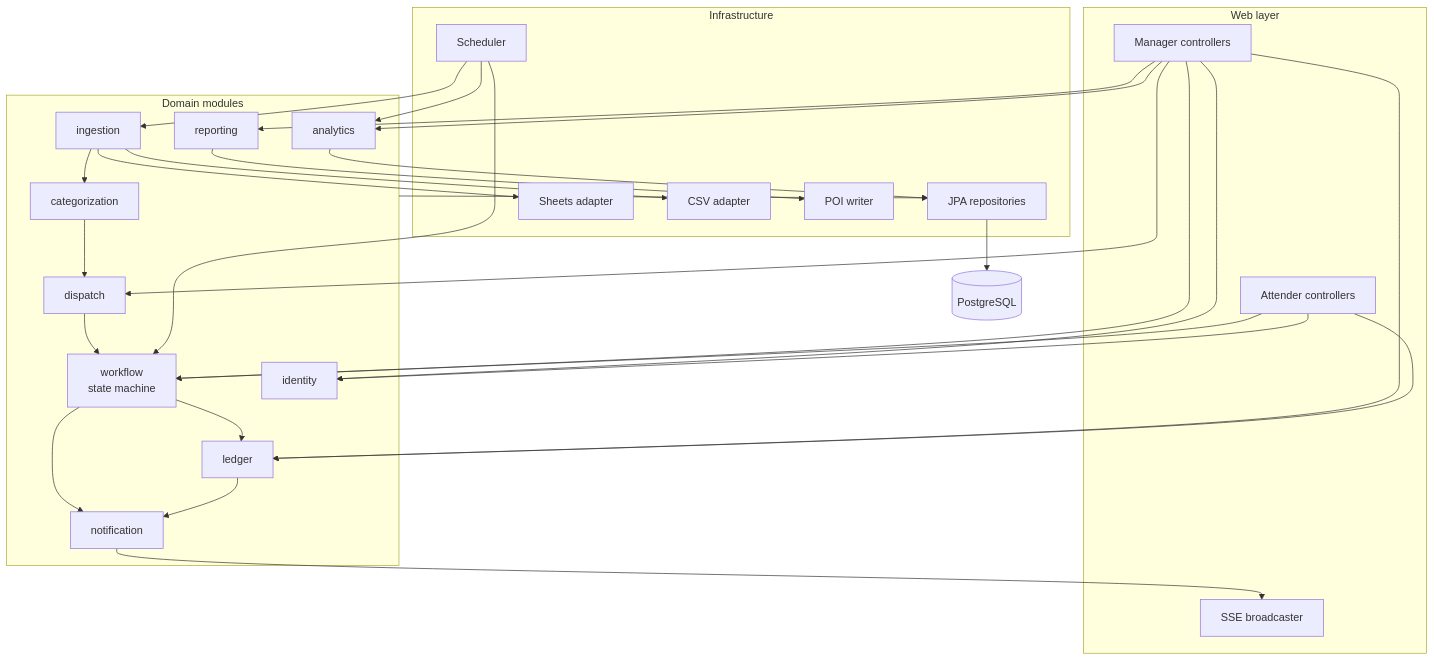
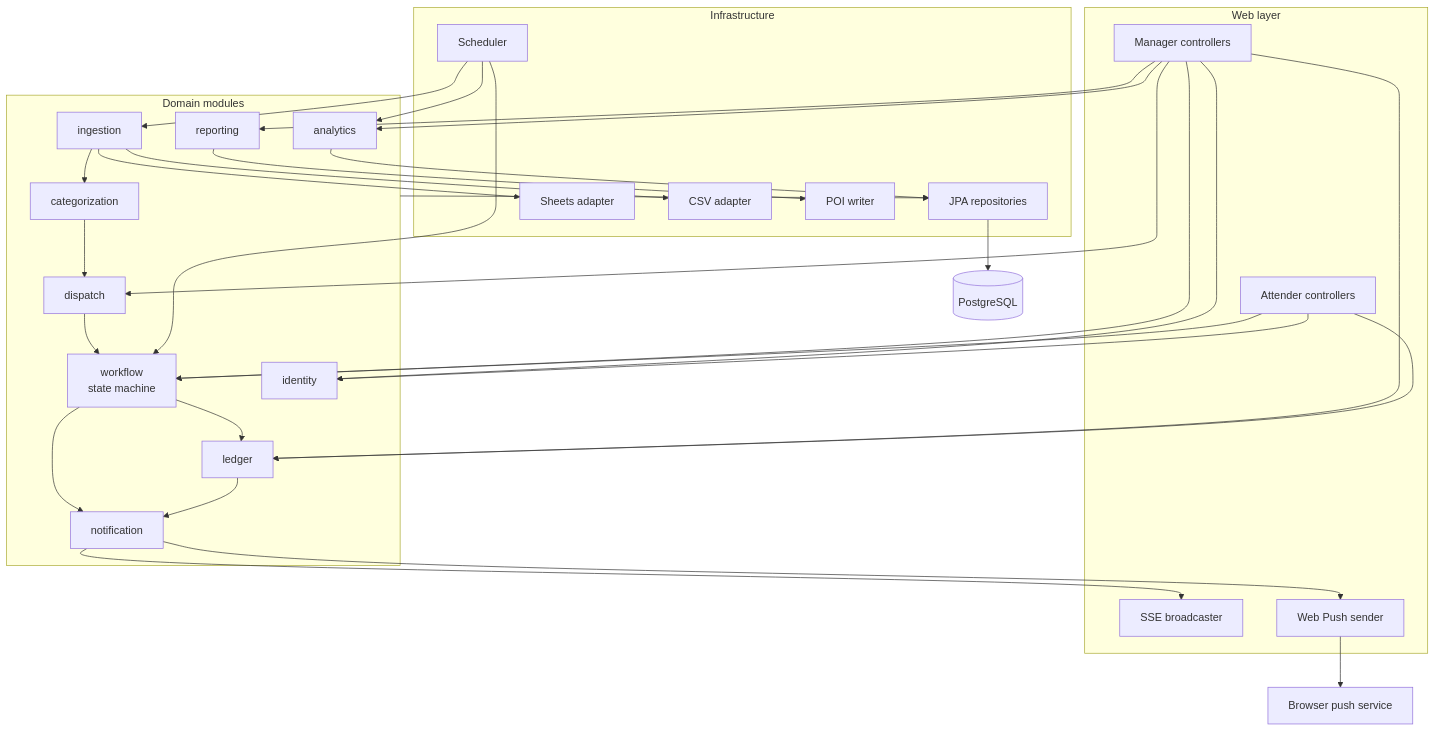
Before and after one commit to ajoymathew07/hostel-attender-tracking-system: the second of 4 diagrams in docs/design/02-architecture.md, drawn with Mermaid. The commit also changed other lines of this file and 15 other files, not shown here.

````diff
--- a/docs/design/02-architecture.md
+++ b/docs/design/02-architecture.md
@@ -49,40 +49,42 @@
 ```mermaid
 graph TD
     subgraph WEB["Web layer"]
         MC[Manager controllers]
         AC[Attender controllers]
         SSE[SSE broadcaster]
+        PUSH[Web Push sender]
     end
 
     subgraph CORE["Domain modules"]
         ING[ingestion]
         CAT[categorization]
         DIS[dispatch]
         WF[workflow<br/>state machine]
         LED[ledger]
         ANA[analytics]
         NOT[notification]
         RPT[reporting]
         IAM[identity]
     end
 
     subgraph INFRA["Infrastructure"]
         REPO[JPA repositories]
         SHEETS[Sheets adapter]
         CSVA[CSV adapter]
         POI[POI writer]
         SCHED[Scheduler]
     end
 
     MC --> WF & DIS & LED & ANA & RPT & IAM
     AC --> WF & LED & IAM
     ING --> CAT --> DIS --> WF
     WF --> LED
     WF --> NOT --> SSE
+    NOT --> PUSH --> WPS[Browser push service]
     LED --> NOT
     ANA --> REPO
     RPT --> POI
     ING --> SHEETS & CSVA
     SCHED --> ING & ANA & WF
     CORE --> REPO --> PG[(PostgreSQL)]
 ```
````
